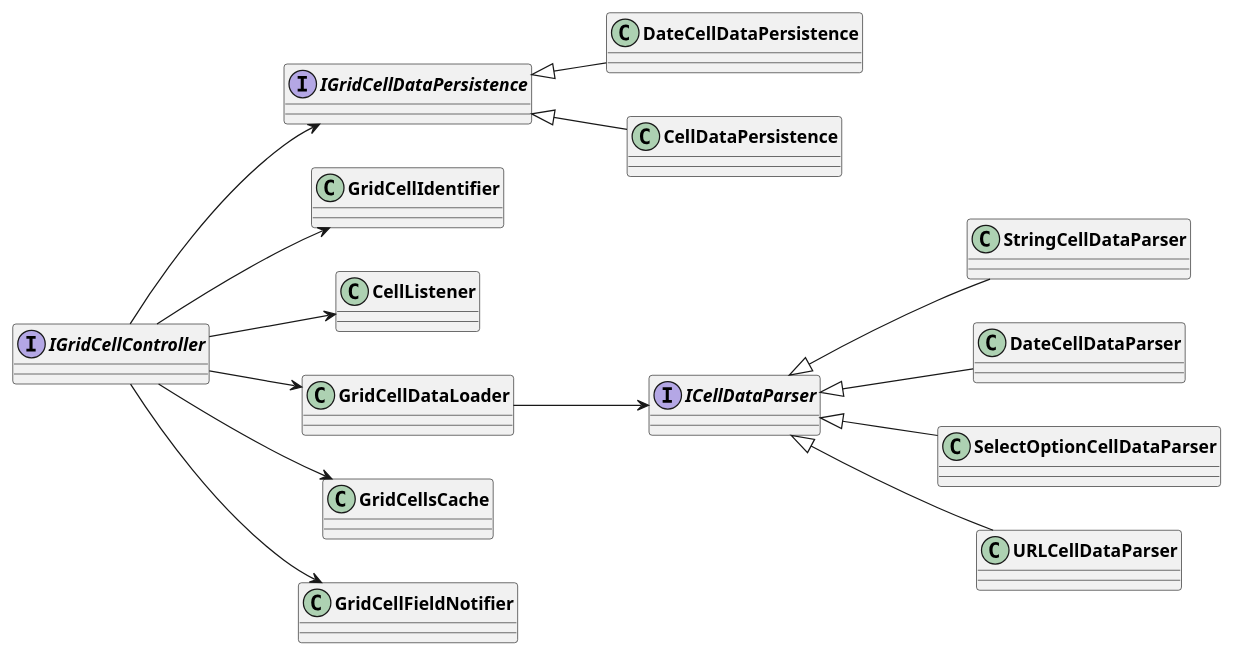
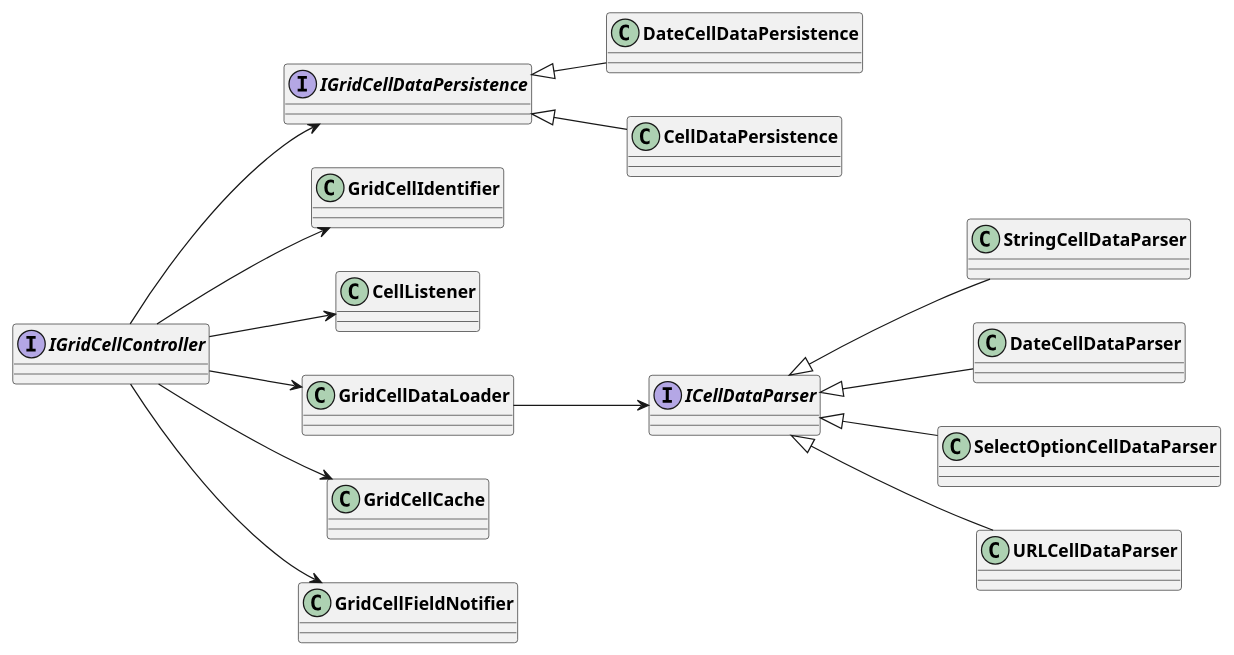
Before and after one commit to AppFlowy-IO/AppFlowy-Docs: the second of 2 diagrams in uml/dart_widget/grid_cells.plantuml, drawn with PlantUML. The commit also changed 7 other files, not shown here.

Commit message:
chore: update grid field diagrams

```diff
--- a/uml/dart_widget/grid_cells.plantuml
+++ b/uml/dart_widget/grid_cells.plantuml
@@ -40,37 +40,37 @@
 @startuml Grid Cell Controller
 skinparam classFontStyle Bold
 skinparam ActivityBackgroundColor Silver
 skinparam ActivityBorderColor DimGray
 left to right direction
 
 interface IGridCellDataPersistence
 interface IGridCellController
 interface ICellDataParser
 
 IGridCellController --> GridCellIdentifier
 IGridCellController --> CellListener
 
 'Data loader
 IGridCellController --> GridCellDataLoader
 GridCellDataLoader --> ICellDataParser
 
 'Data parser
 StringCellDataParser -u-|> ICellDataParser
 DateCellDataParser -u-|> ICellDataParser
 SelectOptionCellDataParser -u-|> ICellDataParser
 URLCellDataParser -u-|> ICellDataParser
 
 'Cache
-IGridCellController --> GridCellsCache
+IGridCellController --> GridCellCache
 
 
 'Persistence
 IGridCellController --> IGridCellDataPersistence
 DateCellDataPersistence -u-|> IGridCellDataPersistence
 CellDataPersistence -u-|> IGridCellDataPersistence
 
 
 'Field
 IGridCellController --> GridCellFieldNotifier
 
 @enduml
```
